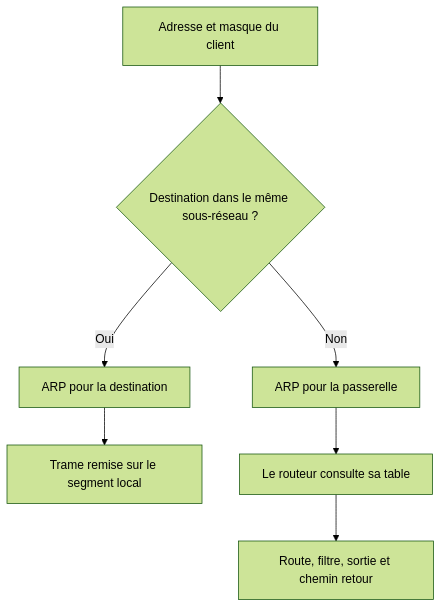
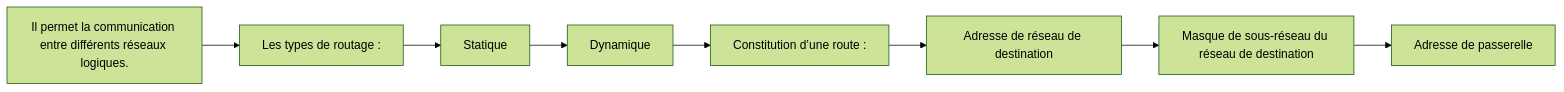
One commit to sk34pk25/tssr-cours changed the second of 5 diagrams in docs/modules/09-services-reseaux-en-environnement-microsoft/module-04-module-04.md. Above: the diagram before and after it, drawn with Mermaid (forest theme). The commit also changed other lines of this file and 5 other files, not shown here.

First line of the commit message:
Reprendre les services réseau Microsoft dans l’onglet pédagogique.

````diff
--- a/docs/modules/09-services-reseaux-en-environnement-microsoft/module-04-module-04.md
+++ b/docs/modules/09-services-reseaux-en-environnement-microsoft/module-04-module-04.md
@@ -28,9 +52,18 @@
 ```mermaid
-flowchart TB
-    A["Adresse et masque du client"] --> B{"Destination dans le même sous-réseau ?"}
-    B -->|"Oui"| C["ARP pour la destination"]
-    B -->|"Non"| D["ARP pour la passerelle"]
-    C --> E["Trame remise sur le segment local"]
-    D --> F["Le routeur consulte sa table"]
-    F --> G["Route, filtre, sortie et chemin retour"]
+flowchart LR
+    N1["Il permet la communication entre différents réseaux logiques."]
+    N2["Les types de routage :"]
+    N3["Statique"]
+    N4["Dynamique"]
+    N5["Constitution d’une route :"]
+    N6["Adresse de réseau de destination"]
+    N7["Masque de sous-réseau du réseau de destination"]
+    N8["Adresse de passerelle"]
+    N1 --> N2
+    N2 --> N3
+    N3 --> N4
+    N4 --> N5
+    N5 --> N6
+    N6 --> N7
+    N7 --> N8
 ```
````
